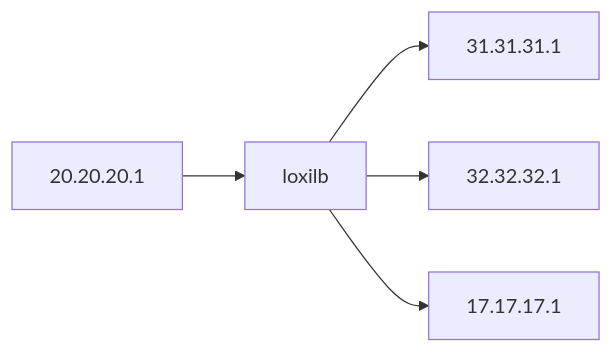
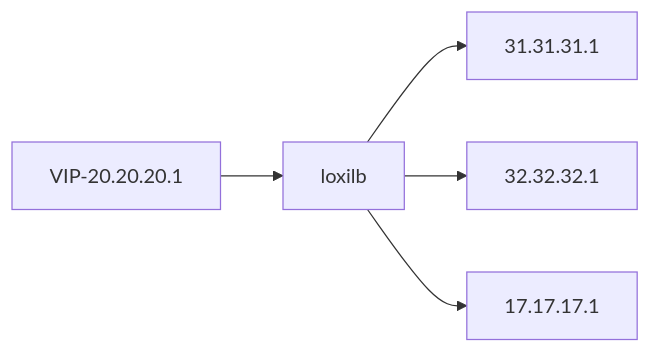
One commit to loxilb-io/loxilbdocs changed the first of 2 diagrams in docs/perf-multi.md. Above: the diagram before and after it, drawn with Mermaid.

````diff
--- a/docs/perf-multi.md
+++ b/docs/perf-multi.md
@@ -5,7 +5,7 @@
 ```mermaid
 graph LR;
-    A[20.20.20.1]-->B[loxilb];
+    A[VIP-20.20.20.1]-->B[loxilb];
     B-->C[31.31.31.1];
     B-->D[32.32.32.1];
     B-->E[17.17.17.1];
 ```
````
